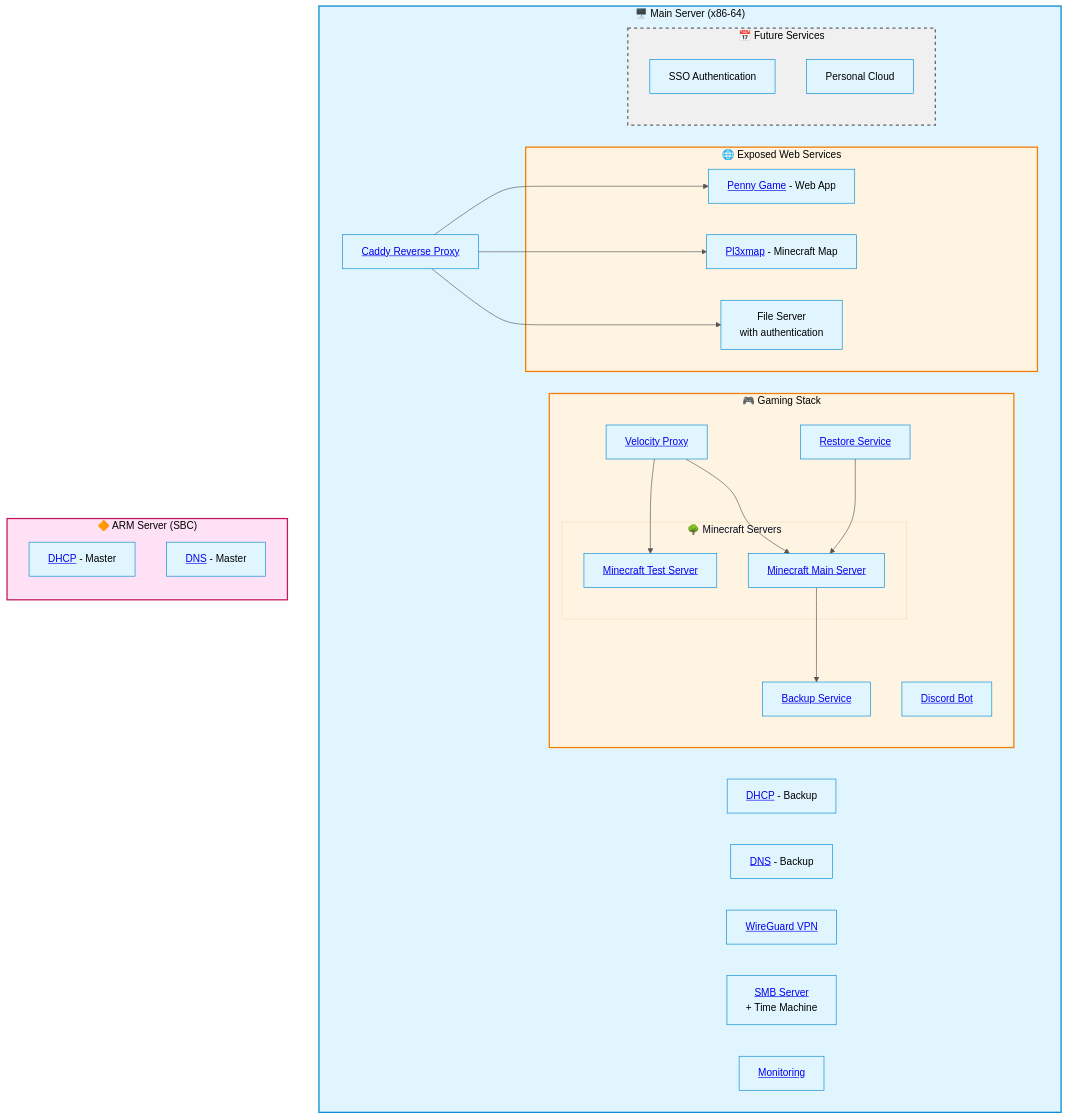
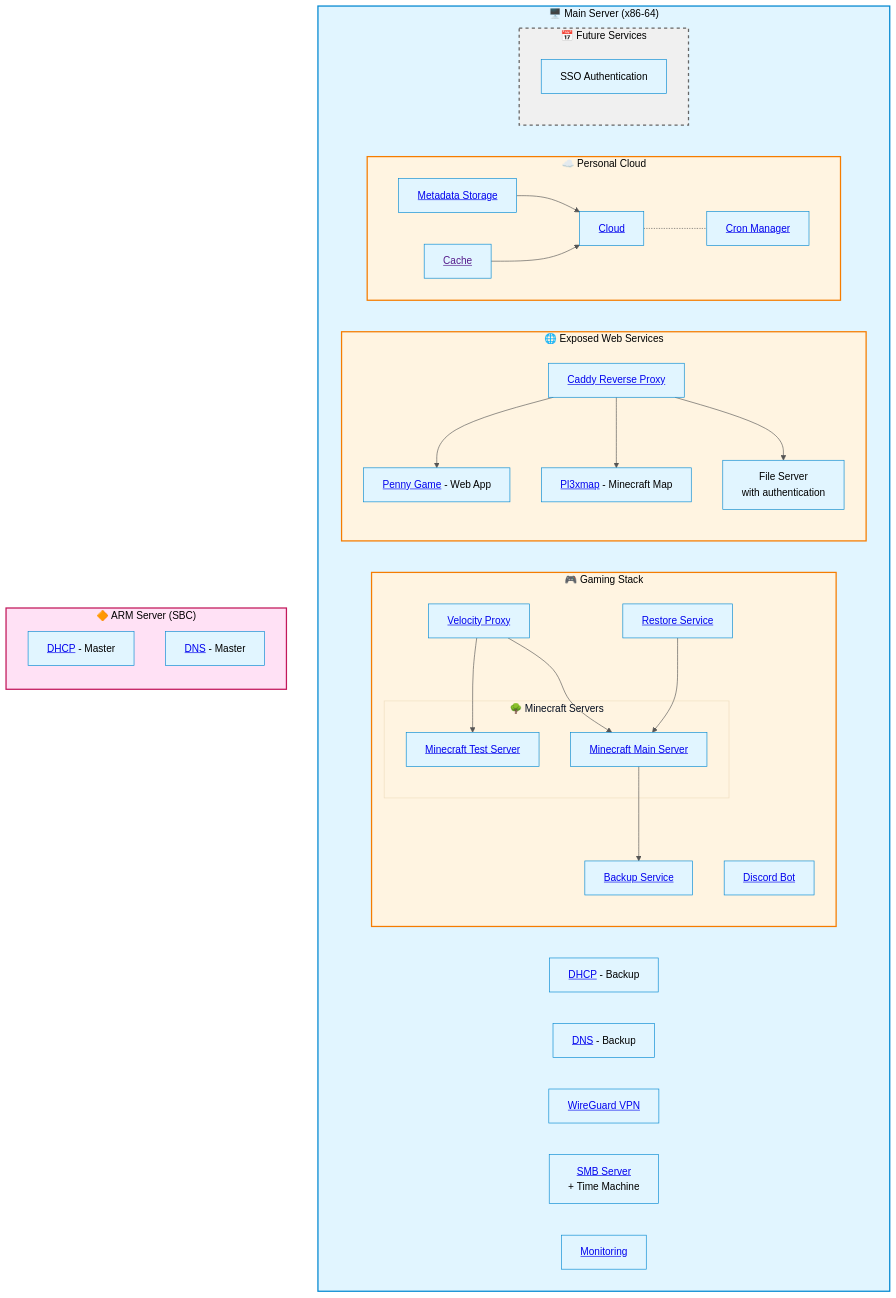
One commit to VVHome/homelab-infrastructure changed the second of 4 diagrams in README.md. Above: the diagram before and after it, drawn with Mermaid.

Commit message:
Add Cloud related services to architecture diagram

````diff
--- a/README.md
+++ b/README.md
@@ -44,58 +44,70 @@
 ```mermaid
 %%{init: {'theme':'base', 'themeVariables': { 'primaryColor':'#e1f5ff','primaryTextColor':'#000','primaryBorderColor':'#0288d1','lineColor':'#555','secondaryColor':'#ffe1f5','tertiaryColor':'#fff4e1','noteTextColor':'#000'}}}%%
 graph 
     subgraph Server1["🖥️ Main Server (x86-64)"]
         direction LR
         D1[<a href="https://gitlab.isc.org/isc-projects/kea">DHCP</a> - Backup]
         D2[<a href="https://github.com/AdguardTeam/AdGuardHome">DNS</a> - Backup]
-        D3[<a href="https://github.com/caddyserver/caddy">Caddy Reverse Proxy</a>]
         D8[<a href="https://github.com/wg-easy/wg-easy">WireGuard VPN</a>]
         D9[<a href="https://gitlab.com/samba-team/samba">SMB Server</a><br/>+ Time Machine]
         D10[<a href="https://github.com/louislam/uptime-kuma">Monitoring</a>]
 
         subgraph MC_Stack["🎮 Gaming Stack"]
             D4[<a href="https://github.com/papermc/velocity">Velocity Proxy</a>]
             D5[<a href="https://github.com/Vianpyro/OxideVault">Discord Bot</a>]
             D6[<a href="https://github.com/itzg/docker-mc-backup">Backup Service</a>]
             D7[<a href="https://github.com/itzg/docker-mc-backup">Restore Service</a>]
 
             subgraph Services2["🌳 Minecraft Servers"]
                 M1[<a href="https://github.com/itzg/docker-minecraft-server">Minecraft Test Server</a>]
                 M2[<a href="https://github.com/itzg/docker-minecraft-server">Minecraft Main Server</a>]
             end
         end
 
         subgraph Services1["🌐 Exposed Web Services"]
+            D3[<a href="https://github.com/caddyserver/caddy">Caddy Reverse Proxy</a>]
             W1[<a href="https://github.com/Vianpyro/Penny-Game">Penny Game</a> - Web App]
             W2[<a href="https://github.com/granny/Pl3xMap">Pl3xmap</a> - Minecraft Map]
             W3[File Server<br/>with authentication]
         end
-        
+
+        subgraph NC_Stack["☁️ Personal Cloud"]
+            direction LR
+            MariaDB[<a href="https://github.com/MariaDB/mariadb-docker">Metadata Storage</a>]
+            Redis[<a href="">Cache</a>]
+            Cloud[<a href="https://github.com/nextcloud/all-in-one">Cloud</a>]
+            CronManager[<a href="https://github.com/nextcloud/all-in-one">Cron Manager</a>]
+        end
+
         subgraph Future["📅 Future Services"]
             F1[SSO Authentication]
-            F2[Personal Cloud]
         end
     end
     
     subgraph Server2["🔶 ARM Server (SBC)"]
         direction TB
         O1[<a href="https://gitlab.isc.org/isc-projects/kea">DHCP</a> - Master]
         O2[<a href="https://github.com/AdguardTeam/AdGuardHome">DNS</a> - Master]
     end
     
     D3 --> W1
     D3 --> W2
     D3 --> W3
 
     D4 --> M1
     D4 --> M2
     
     M2 --> D6
     D7 --> M2
 
+    MariaDB --> Cloud
+    Redis --> Cloud
+    Cloud -.- CronManager
+
     style Server1 fill:#e1f5ff,stroke:#0288d1,stroke-width:2px,color:#000
     style Server2 fill:#ffe1f5,stroke:#c2185b,stroke-width:2px,color:#000
     style Services1 fill:#fff4e1,stroke:#f57c00,stroke-width:2px,color:#000
     style MC_Stack fill:#fff4e1,stroke:#f57c00,stroke-width:2px,color:#000
+    style NC_Stack fill:#fff4e1,stroke:#f57c00,stroke-width:2px,color:#000
     style Future fill:#f0f0f0,stroke:#666,stroke-width:2px,stroke-dasharray: 5 5,color:#000
 ```
````
